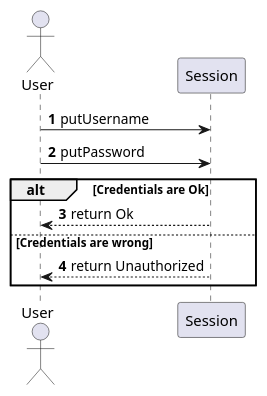
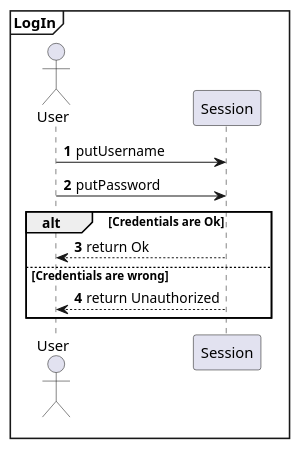
The fifth of 9 diagrams in DesignDocument.md (AlexZampa/EzWh), drawn with PlantUML before and after one commit. The commit also changed other lines of this file, not shown here.

````diff
--- a/DesignDocument.md
+++ b/DesignDocument.md
@@ -446,15 +451,16 @@
 ```plantuml
 @startuml
+mainframe **LogIn**
 actor User
 participant Session
 
 autonumber
 User -> Session : putUsername
 User -> Session : putPassword
 alt Credentials are Ok
   User <-- Session : return Ok
 else Credentials are wrong
   User <-- Session : return Unauthorized
 end
 @enduml
 ```
````
